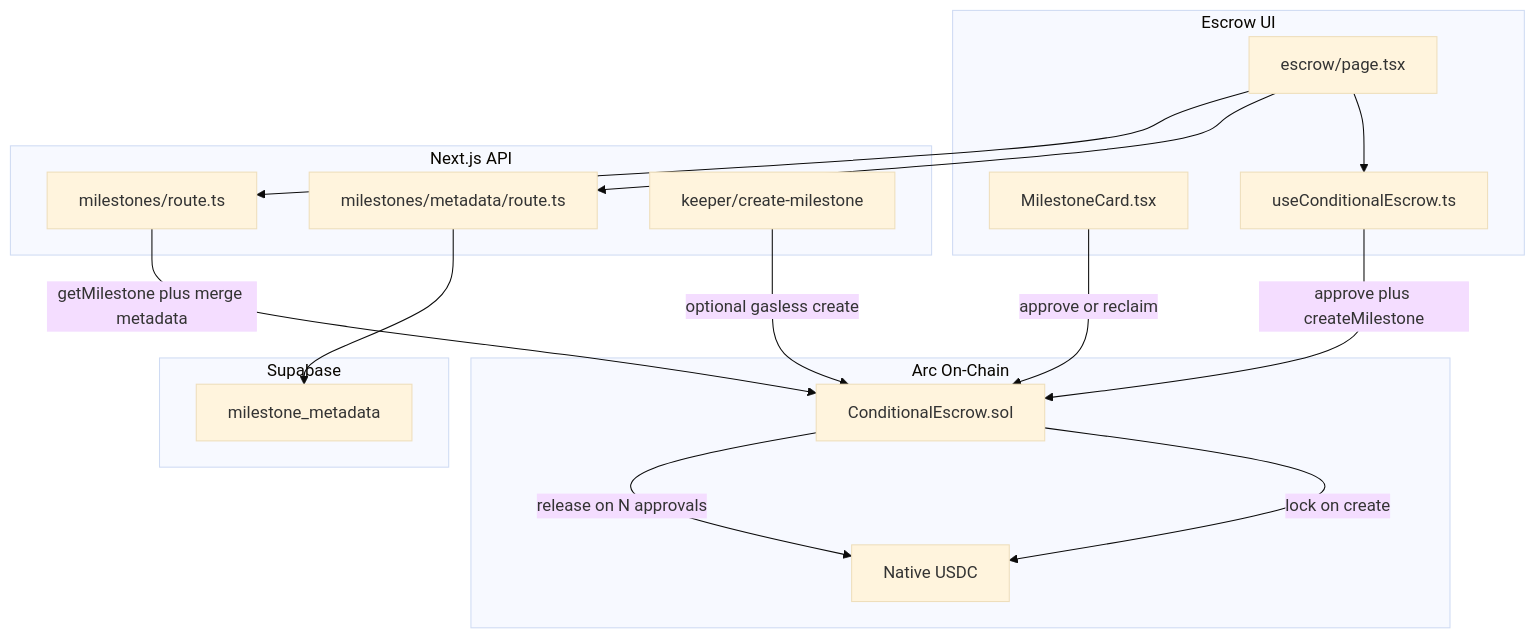
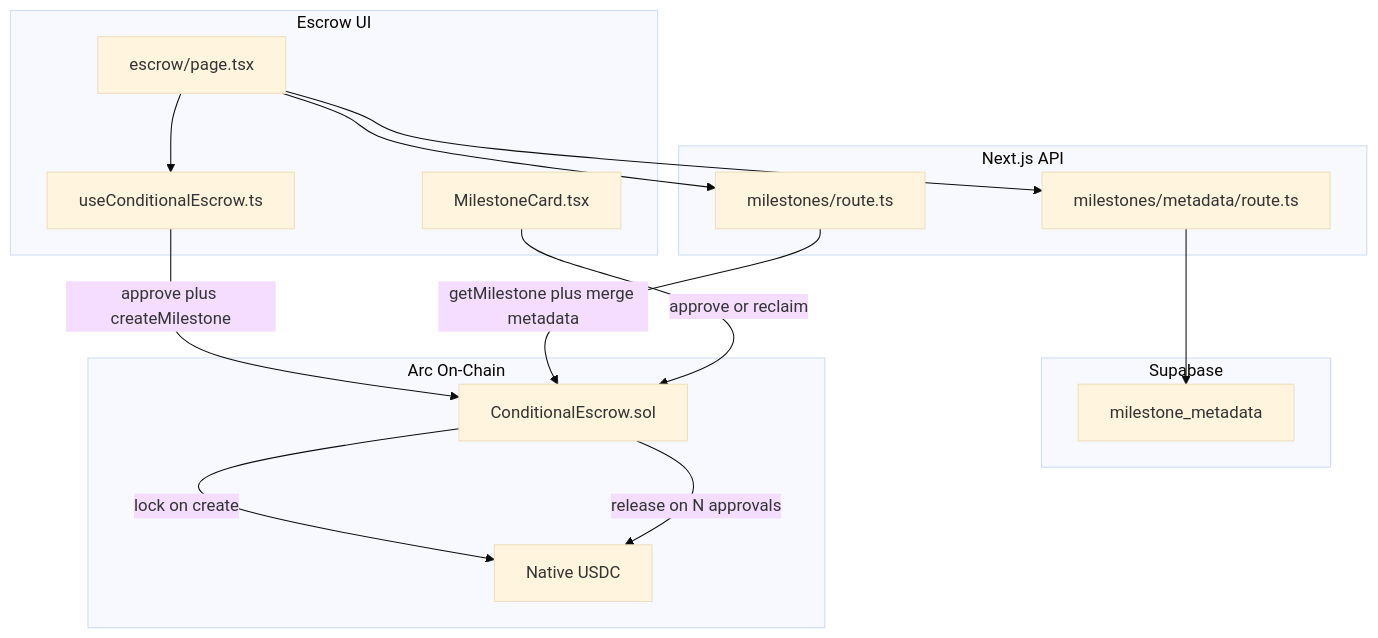
One commit to Marshal-AM/arcittance changed the fifth of 15 diagrams in README.md. Above: the diagram before and after it, drawn with Mermaid (base theme). The commit also changed other lines of this file and 3 other files, not shown here.

First line of the commit message:
fix(escrow): reclaim after deadline without keeper create

````diff
--- a/README.md
+++ b/README.md
@@ -538,33 +538,31 @@
 ```mermaid
 flowchart TB
   subgraph ui [Escrow UI]
     EscrowPage[escrow/page.tsx]
     MilestoneCard[MilestoneCard.tsx]
     Hook[useConditionalEscrow.ts]
   end
 
   subgraph api [Next.js API]
     ListAPI[milestones/route.ts]
     MetaAPI[milestones/metadata/route.ts]
-    KeeperAPI[keeper/create-milestone]
   end
 
   subgraph persist [Supabase]
     MetaTable[milestone_metadata]
   end
 
   subgraph chain [Arc On-Chain]
     Escrow[ConditionalEscrow.sol]
     USDC[Native USDC]
   end
 
   EscrowPage --> Hook
   Hook -->|approve plus createMilestone| Escrow
   EscrowPage --> MetaAPI --> MetaTable
   EscrowPage --> ListAPI
   ListAPI -->|getMilestone plus merge metadata| Escrow
-  KeeperAPI -->|optional gasless create| Escrow
   Escrow -->|lock on create| USDC
   Escrow -->|release on N approvals| USDC
   MilestoneCard -->|approve or reclaim| Escrow
 ```
````
